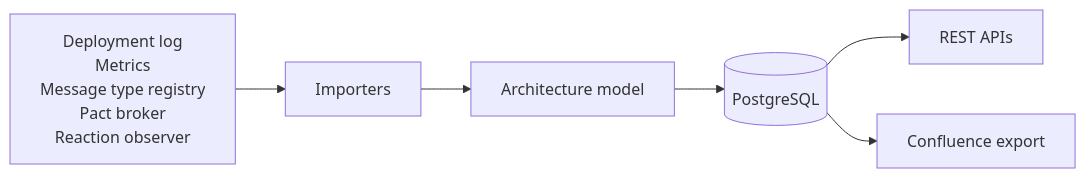
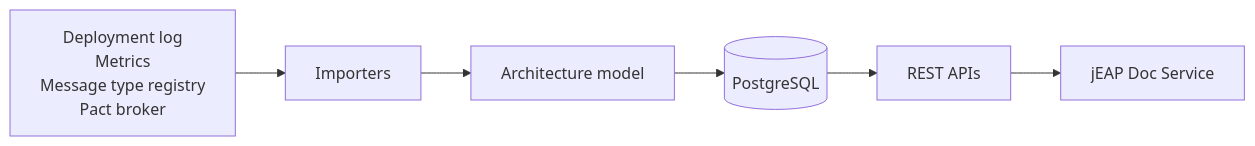
Before and after one commit to jeap-admin-ch/jeap-archrepo-service: the diagram in README.md, drawn with Mermaid. The commit also changed other lines of this file and 158 other files, not shown here.

Commit message:
JEAP-7408: remove confluence export and reaction observer import

````diff
--- a/README.md
+++ b/README.md
@@ -11,8 +14,8 @@
 ```mermaid
 flowchart LR
-    S["Deployment log<br/>Metrics<br/>Message type registry<br/>Pact broker<br/>Reaction observer"] --> I["Importers"]
+    S["Deployment log<br/>Metrics<br/>Message type registry<br/>Pact broker"] --> I["Importers"]
     I --> M["Architecture model"]
     M --> DB[("PostgreSQL")]
     DB --> A["REST APIs"]
-    DB --> C["Confluence export"]
+    A --> D["jEAP Doc Service"]
 ```
````
